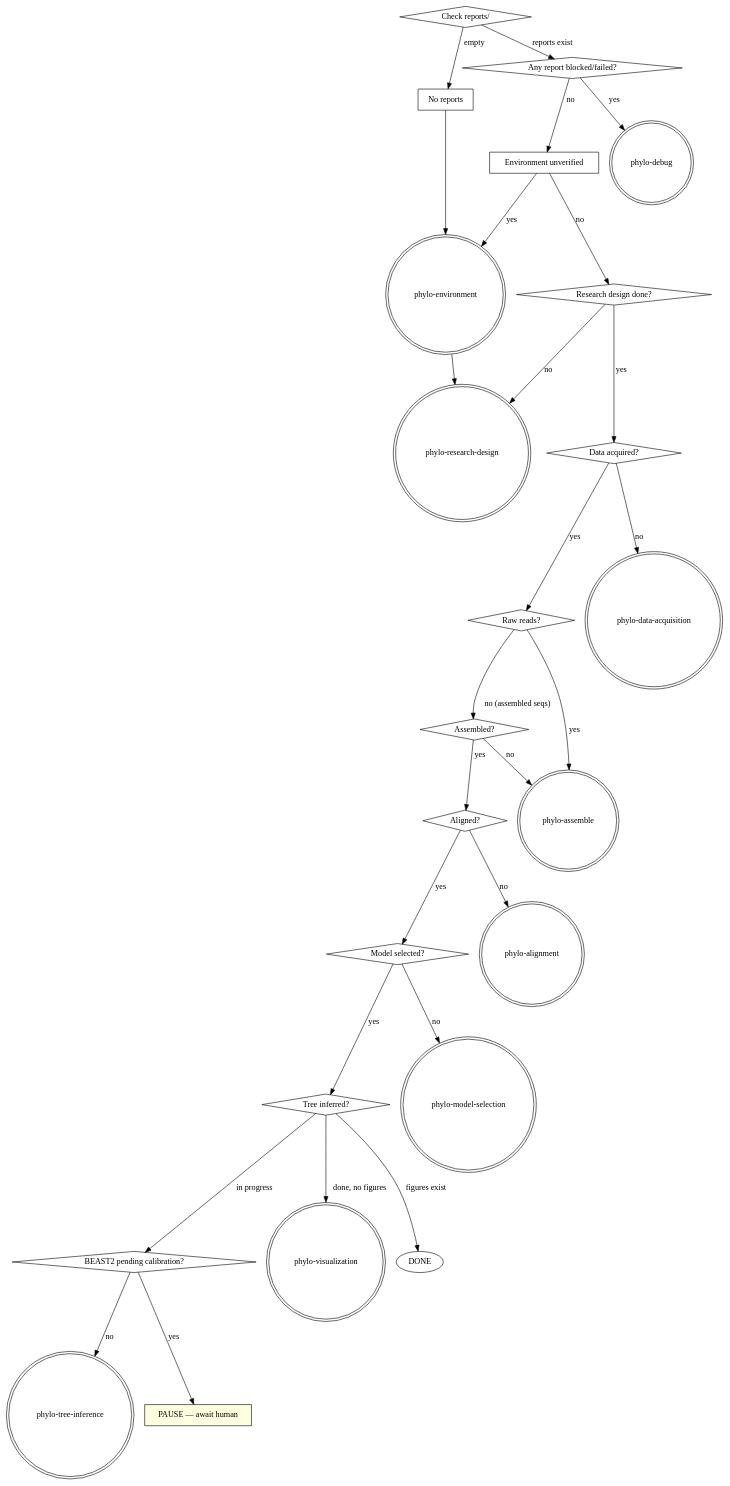
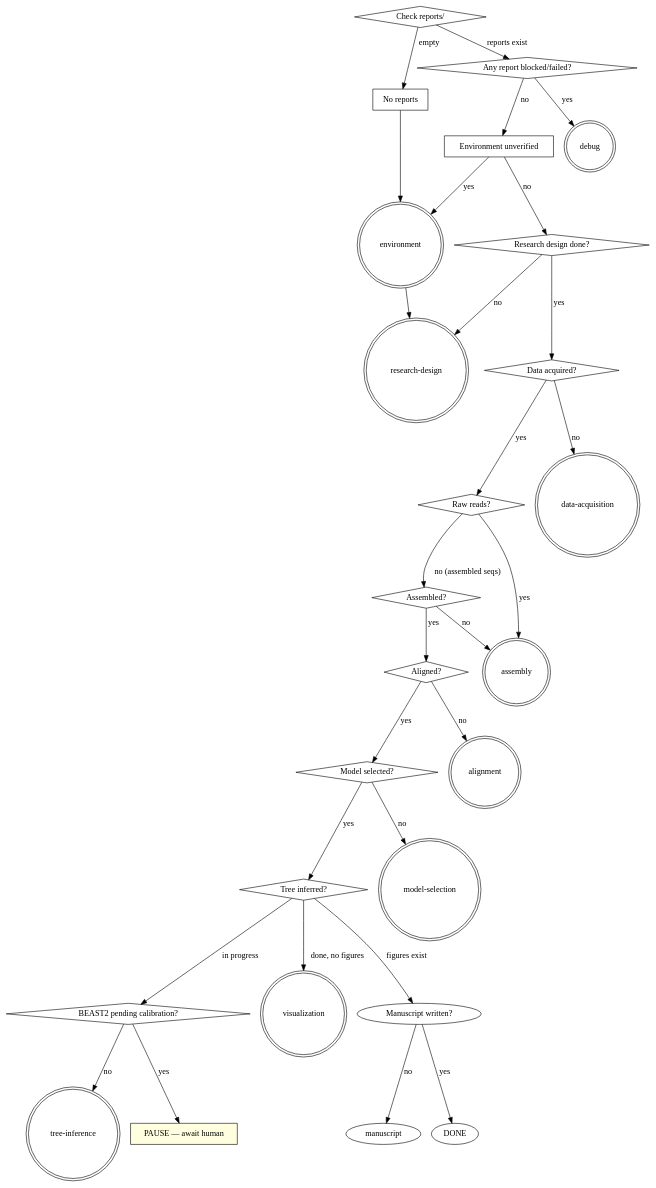
One commit to bingli8899/PhyloSkills changed the diagram in skills/pipeline/SKILL.md. Above: the diagram before and after it, drawn with Graphviz. The commit also changed other lines of this file and 9 other files, not shown here.

First line of the commit message:
Update SKILL.md references: drop phylo- prefix, fix script paths, add manuscript to pipeline

````diff
--- a/skills/pipeline/SKILL.md
+++ b/skills/pipeline/SKILL.md
@@ -34,53 +35,55 @@
 ```dot
 digraph hub_routing {
     "Check reports/" [shape=diamond];
     "No reports" [shape=box];
     "Environment unverified" [shape=box];
     "Research design done?" [shape=diamond];
     "Data acquired?" [shape=diamond];
     "Raw reads?" [shape=diamond];
     "Assembled?" [shape=diamond];
     "Aligned?" [shape=diamond];
     "Model selected?" [shape=diamond];
     "Tree inferred?" [shape=diamond];
     "Any report blocked/failed?" [shape=diamond];
     "BEAST2 pending calibration?" [shape=diamond];
 
-    "phylo-environment" [shape=doublecircle];
-    "phylo-research-design" [shape=doublecircle];
-    "phylo-data-acquisition" [shape=doublecircle];
-    "phylo-assemble" [shape=doublecircle];
-    "phylo-alignment" [shape=doublecircle];
-    "phylo-model-selection" [shape=doublecircle];
-    "phylo-tree-inference" [shape=doublecircle];
-    "phylo-visualization" [shape=doublecircle];
-    "phylo-debug" [shape=doublecircle];
+    "environment" [shape=doublecircle];
+    "research-design" [shape=doublecircle];
+    "data-acquisition" [shape=doublecircle];
+    "assembly" [shape=doublecircle];
+    "alignment" [shape=doublecircle];
+    "model-selection" [shape=doublecircle];
+    "tree-inference" [shape=doublecircle];
+    "visualization" [shape=doublecircle];
+    "debug" [shape=doublecircle];
     "PAUSE — await human" [shape=box, style=filled, fillcolor=lightyellow];
 
     "Check reports/" -> "No reports" [label="empty"];
     "Check reports/" -> "Any report blocked/failed?" [label="reports exist"];
-    "No reports" -> "phylo-environment";
-    "phylo-environment" -> "phylo-research-design";
-    "Any report blocked/failed?" -> "phylo-debug" [label="yes"];
+    "No reports" -> "environment";
+    "environment" -> "research-design";
+    "Any report blocked/failed?" -> "debug" [label="yes"];
     "Any report blocked/failed?" -> "Environment unverified" [label="no"];
-    "Environment unverified" -> "phylo-environment" [label="yes"];
+    "Environment unverified" -> "environment" [label="yes"];
     "Environment unverified" -> "Research design done?" [label="no"];
-    "Research design done?" -> "phylo-research-design" [label="no"];
+    "Research design done?" -> "research-design" [label="no"];
     "Research design done?" -> "Data acquired?" [label="yes"];
-    "Data acquired?" -> "phylo-data-acquisition" [label="no"];
+    "Data acquired?" -> "data-acquisition" [label="no"];
     "Data acquired?" -> "Raw reads?" [label="yes"];
-    "Raw reads?" -> "phylo-assemble" [label="yes"];
+    "Raw reads?" -> "assembly" [label="yes"];
     "Raw reads?" -> "Assembled?" [label="no (assembled seqs)"];
-    "Assembled?" -> "phylo-assemble" [label="no"];
+    "Assembled?" -> "assembly" [label="no"];
     "Assembled?" -> "Aligned?" [label="yes"];
-    "Aligned?" -> "phylo-alignment" [label="no"];
+    "Aligned?" -> "alignment" [label="no"];
     "Aligned?" -> "Model selected?" [label="yes"];
-    "Model selected?" -> "phylo-model-selection" [label="no"];
+    "Model selected?" -> "model-selection" [label="no"];
     "Model selected?" -> "Tree inferred?" [label="yes"];
     "Tree inferred?" -> "BEAST2 pending calibration?" [label="in progress"];
     "BEAST2 pending calibration?" -> "PAUSE — await human" [label="yes"];
-    "BEAST2 pending calibration?" -> "phylo-tree-inference" [label="no"];
-    "Tree inferred?" -> "phylo-visualization" [label="done, no figures"];
-    "Tree inferred?" -> "DONE" [label="figures exist"];
+    "BEAST2 pending calibration?" -> "tree-inference" [label="no"];
+    "Tree inferred?" -> "visualization" [label="done, no figures"];
+    "Tree inferred?" -> "Manuscript written?" [label="figures exist"];
+    "Manuscript written?" -> "manuscript" [label="no"];
+    "Manuscript written?" -> "DONE" [label="yes"];
 }
 ```
````
